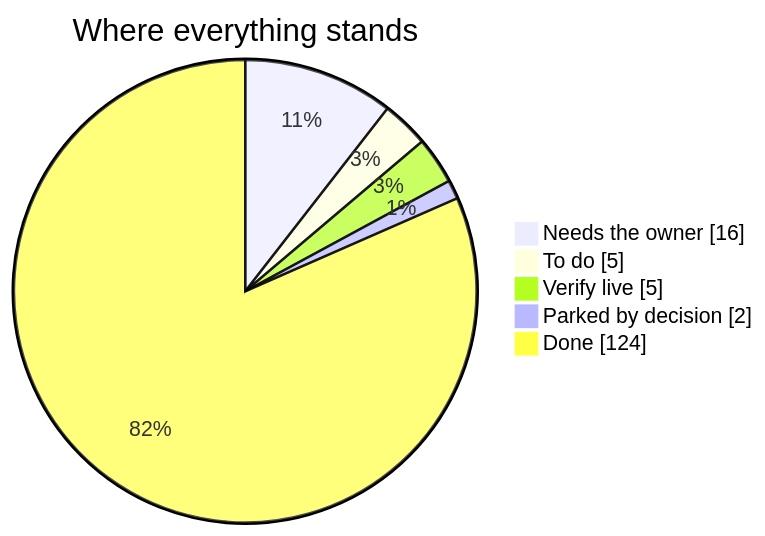
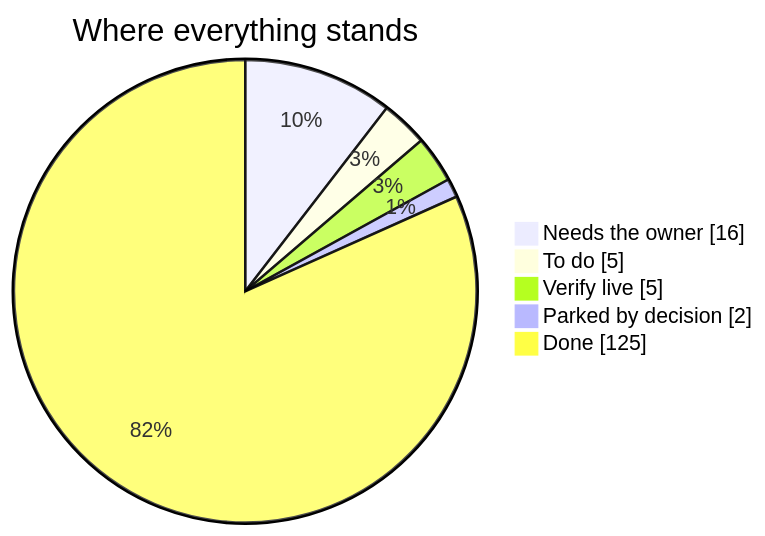
The diagram in launch-board/README.md (divitkej/gradlink), drawn with Mermaid before and after one commit. The commit also changed other lines of this file and 4 other files, not shown here.

````diff
--- a/launch-board/README.md
+++ b/launch-board/README.md
@@ -11,9 +11,9 @@
 ```mermaid
 pie showData
   title Where everything stands
   "Needs the owner" : 16
   "To do" : 5
   "Verify live" : 5
   "Parked by decision" : 2
-  "Done" : 124
+  "Done" : 125
 ```
````
